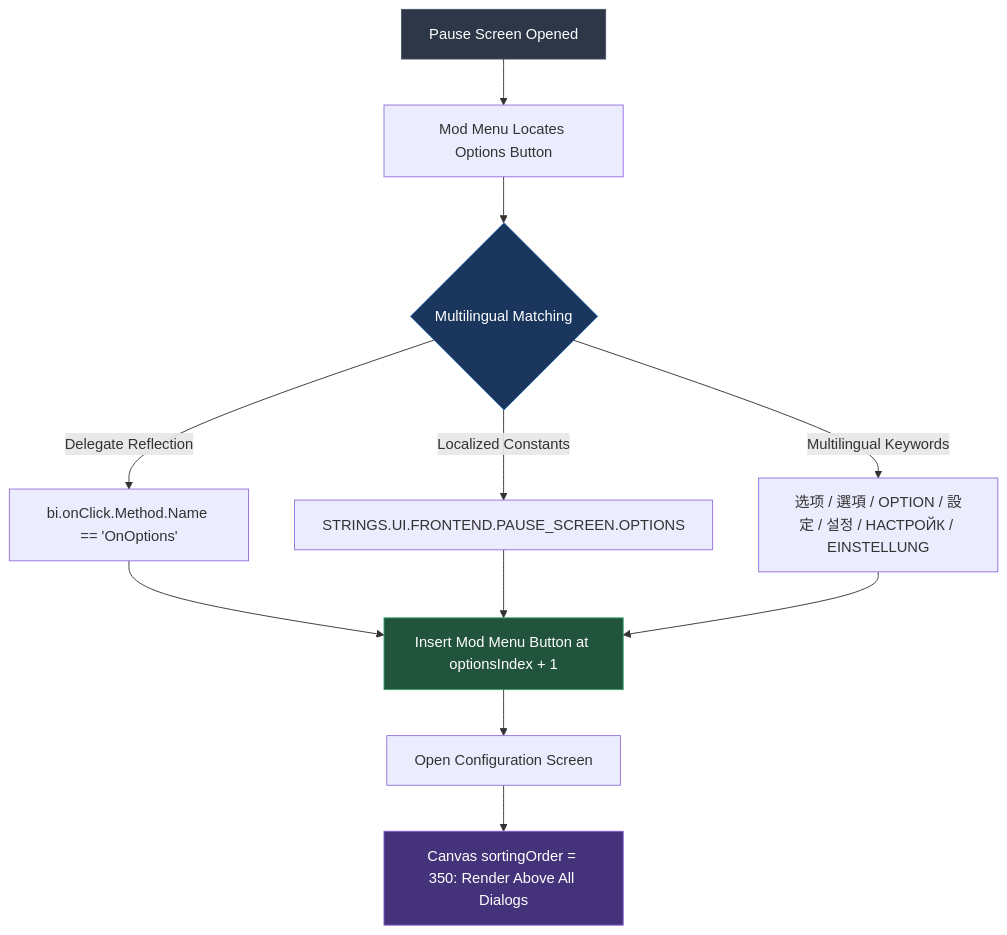
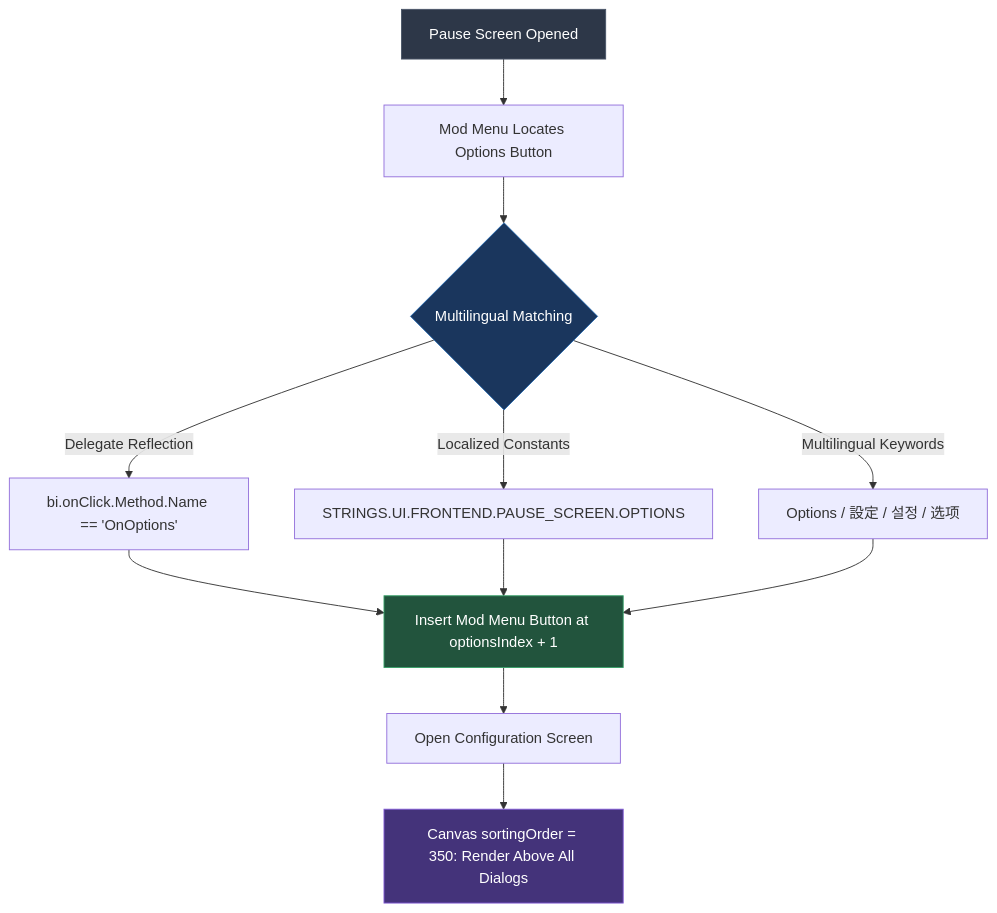
The third of 5 diagrams in wiki/Multi-Mod-Compatibility-and-Crash-Guards.md (Eurekalo/Automatic_Industry), drawn with Mermaid before and after one commit. The commit also changed other lines of this file and 5 other files, not shown here.

Commit message:
docs(wiki): fix Mermaid diagram syntax and quoting for GitHub renderer

````diff
--- a/wiki/Multi-Mod-Compatibility-and-Crash-Guards.md
+++ b/wiki/Multi-Mod-Compatibility-and-Crash-Guards.md
@@ -108,20 +108,20 @@
 ```mermaid
 flowchart TD
-    A[Pause Screen Opened] --> B[Mod Menu Locates Options Button]
-    B --> C{Multilingual Matching}
-    C -->|Delegate Reflection| D[bi.onClick.Method.Name == 'OnOptions']
-    C -->|Localized Constants| E[STRINGS.UI.FRONTEND.PAUSE_SCREEN.OPTIONS]
-    C -->|Multilingual Keywords| F[选项 / 選項 / OPTION / 設定 / 설정 / НАСТРОЙК / EINSTELLUNG]
+    A["Pause Screen Opened"] --> B["Mod Menu Locates Options Button"]
+    B --> C{"Multilingual Matching"}
+    C -->|Delegate Reflection| D["bi.onClick.Method.Name == 'OnOptions'"]
+    C -->|Localized Constants| E["STRINGS.UI.FRONTEND.PAUSE_SCREEN.OPTIONS"]
+    C -->|Multilingual Keywords| F["Options / 設定 / 설정 / 选项"]
     
-    D --> G[Insert Mod Menu Button at optionsIndex + 1]
+    D --> G["Insert Mod Menu Button at optionsIndex + 1"]
     E --> G
     F --> G
     
-    G --> H[Open Configuration Screen]
-    H --> I[Canvas sortingOrder = 350: Render Above All Dialogs]
+    G --> H["Open Configuration Screen"]
+    H --> I["Canvas sortingOrder = 350: Render Above All Dialogs"]
 
     style A fill:#2d3748,stroke:#4a5568,color:#fff
     style C fill:#1a365d,stroke:#2b6cb0,color:#fff
     style G fill:#22543d,stroke:#38a169,color:#fff
     style I fill:#44337a,stroke:#805ad5,color:#fff
 ```
````
